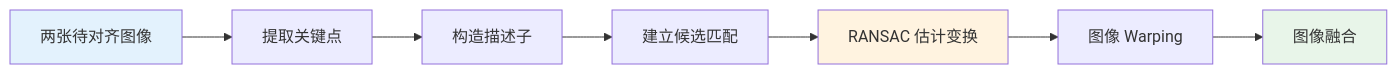
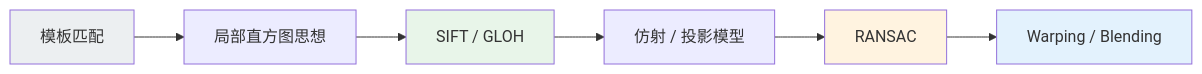
The second of 3 diagrams in 计算机视觉/笔记/Lecture 5 - 特征描述与图像对齐.md (LiYuXv/computer-vision-notes), drawn with Mermaid before and after one commit. The commit also changed other lines of this file and 6 other files, not shown here.

````diff
--- a/计算机视觉/笔记/Lecture 5 - 特征描述与图像对齐.md
+++ b/计算机视觉/笔记/Lecture 5 - 特征描述与图像对齐.md
@@ -839,13 +66,13 @@
 ```mermaid
 graph LR
-    A[两张待对齐图像] --> B[提取关键点]
-    B --> C[构造描述子]
-    C --> D[建立候选匹配]
-    D --> E[RANSAC 估计变换]
-    E --> F[图像 Warping]
-    F --> G[图像融合]
+    A[模板匹配] --> B[局部直方图思想]
+    B --> C[SIFT / GLOH]
+    C --> D[仿射 / 投影模型]
+    D --> E[RANSAC]
+    E --> F[Warping / Blending]
 
-    style A fill:#e3f2fd
+    style A fill:#eceff1
+    style C fill:#e8f5e9
     style E fill:#fff3e0
-    style G fill:#e8f5e9
+    style F fill:#e3f2fd
 ```
````
